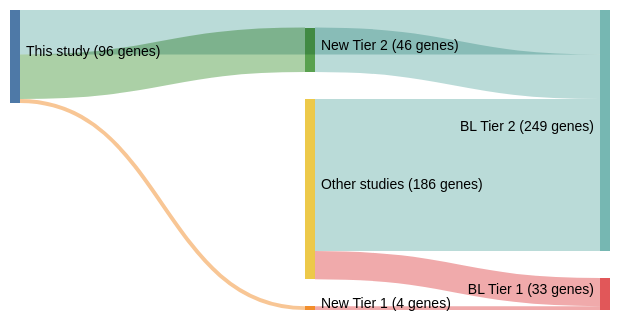
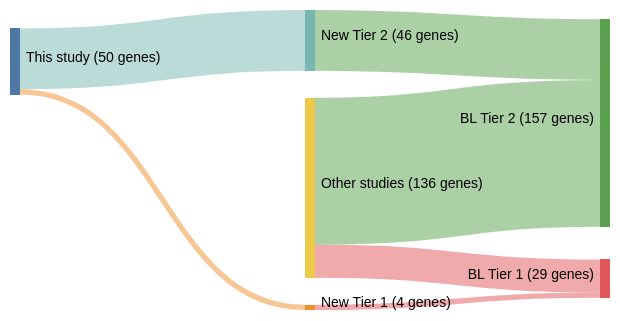
One commit to morinlab/lymphopedia changed the diagram in papers/paneaWholeGenomeLandscape2019.md. Above: the diagram before and after it, drawn with Mermaid (neutral theme). The commit also changed 81 other files, not shown here.

````diff
--- a/papers/paneaWholeGenomeLandscape2019.md
+++ b/papers/paneaWholeGenomeLandscape2019.md
@@ -12,21 +12,20 @@
 ```mermaid
 ---
 config:
     sankey:
         showValues: true
         linkColor: target
         width: 600
         height: 300
         nodeAlignment: right
         prefix: '('
         suffix: ' genes)'
 ---
 sankey-beta
 This study, New Tier 1, 4
 New Tier 1, BL Tier 1, 4
-This study, BL Tier 2, 46
 This study, New Tier 2, 46
 New Tier 2, BL Tier 2, 46
-Other studies, BL Tier 1, 29
-Other studies, BL Tier 2, 157
+Other studies, BL Tier 1, 25
+Other studies, BL Tier 2, 111
 ```
````
